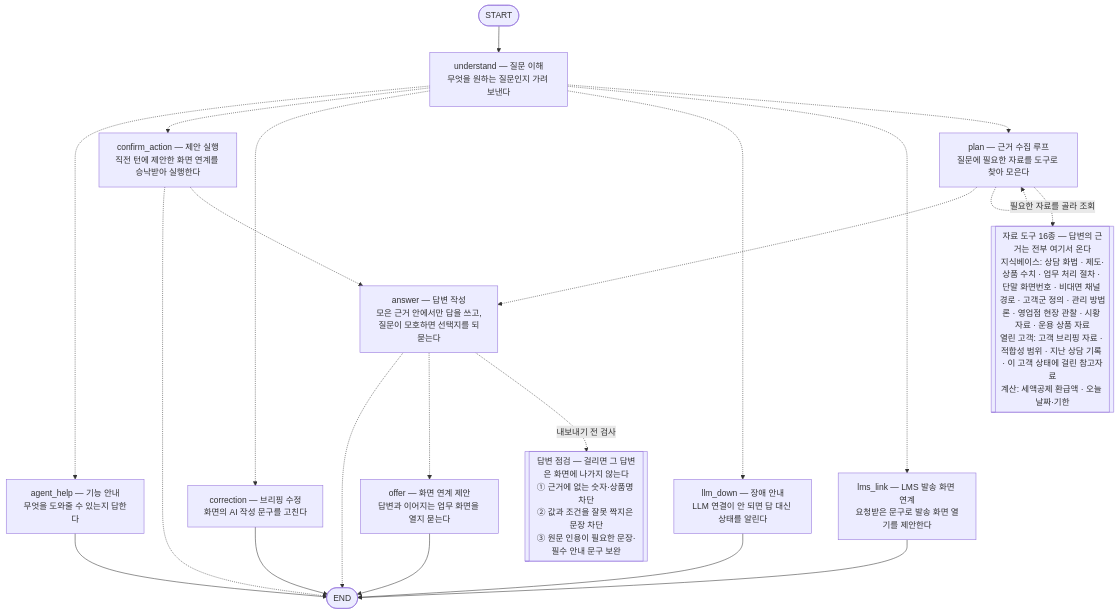
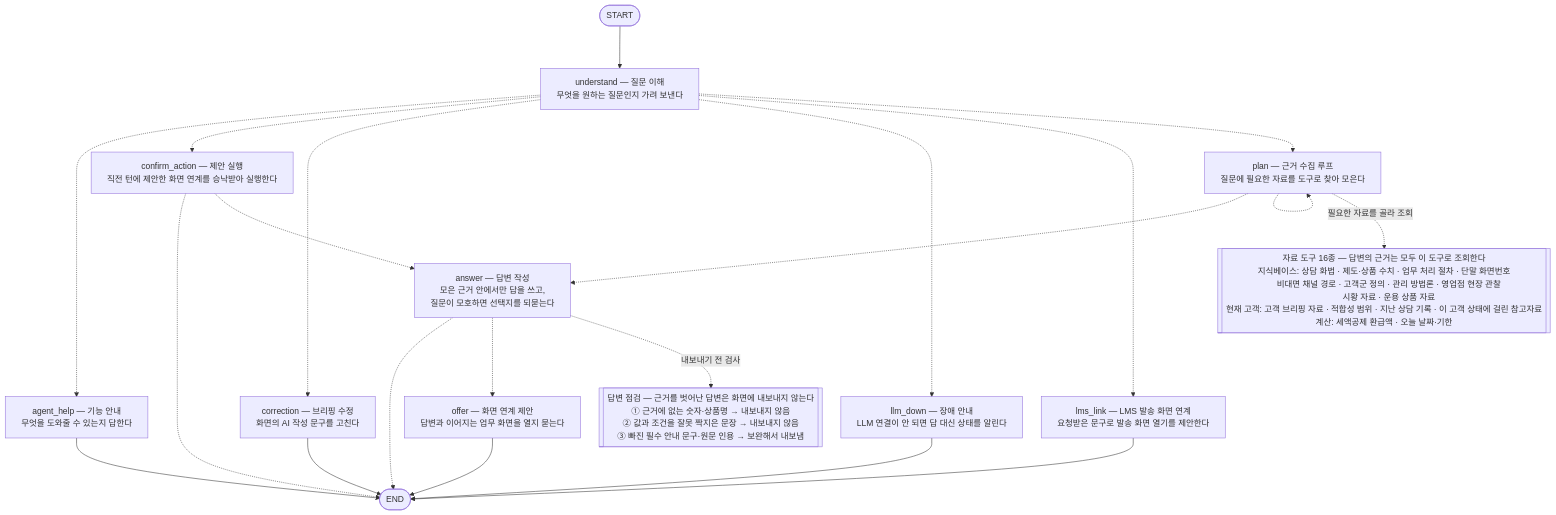
Before and after one commit to 09sunwoo-a/Pension_agent: the diagram in src/pension_agent/consult_agent/README.md, drawn with Mermaid. The commit also changed 1 other file, not shown here.

Commit message:
아키텍처 다이어그램 — 상자 문구·줄바꿈 정리
- 도구 상자: «답변의 근거는 전부 여기서 온다» → «모두 이 도구로 조회한다»,
  갈래 이름 «열린 고객» → «현재 고객», 도구 나열을 4종/줄로 접어 상자 폭 축소
- 점검 상자: «걸리면 …» 머리글을 «근거를 벗어난 답변은 화면에 내보내지 않는다»로,
  검사 3종에 각각 처분(내보내지 않음/보완)을 붙임
- init 지시어로 wrapping 폭을 800 으로 — 기본 200px 이 CJK 를 낱말 중간에서 접어
  «가/려 보낸다» 꼴이 되던 것을 막고, 줄바꿈은 라벨의 <br/> 가 정하게 한다.
  노드 가로 간격은 조이고(35) 세로 간격은 벌려(80) 납작하게 퍼지던 비율을 잡음

Claude-Session: https://claude.ai/code/session_01TwxjQTQrjCvCcEupDVTuMK

````diff
--- a/src/pension_agent/consult_agent/README.md
+++ b/src/pension_agent/consult_agent/README.md
@@ -170,36 +170,37 @@
 ```mermaid
+%%{init: {"flowchart": {"wrappingWidth": 800, "nodeSpacing": 35, "rankSpacing": 80}}}%%
 flowchart TD
     __start__([START])
     understand["understand — 질문 이해<br/>무엇을 원하는 질문인지 가려 보낸다"]
     agent_help["agent_help — 기능 안내<br/>무엇을 도와줄 수 있는지 답한다"]
     plan["plan — 근거 수집 루프<br/>질문에 필요한 자료를 도구로 찾아 모은다"]
     answer["answer — 답변 작성<br/>모은 근거 안에서만 답을 쓰고,<br/>질문이 모호하면 선택지를 되묻는다"]
     lms_link["lms_link — LMS 발송 화면 연계<br/>요청받은 문구로 발송 화면 열기를 제안한다"]
     correction["correction — 브리핑 수정<br/>화면의 AI 작성 문구를 고친다"]
     llm_down["llm_down — 장애 안내<br/>LLM 연결이 안 되면 답 대신 상태를 알린다"]
     confirm_action["confirm_action — 제안 실행<br/>직전 턴에 제안한 화면 연계를 승낙받아 실행한다"]
     offer["offer — 화면 연계 제안<br/>답변과 이어지는 업무 화면을 열지 묻는다"]
     __end__([END])
     __start__ --> understand
     answer -.-> __end__
     answer -.-> offer
     confirm_action -.-> __end__
     confirm_action -.-> answer
     plan -.-> answer
     plan -.-> plan
     understand -.-> agent_help
     understand -.-> confirm_action
     understand -.-> correction
     understand -.-> llm_down
     understand -.-> lms_link
     understand -.-> plan
     agent_help --> __end__
     correction --> __end__
     llm_down --> __end__
     lms_link --> __end__
     offer --> __end__
-    tools[["자료 도구 16종 — 답변의 근거는 전부 여기서 온다<br/>지식베이스: 상담 화법 · 제도·상품 수치 · 업무 처리 절차 · 단말 화면번호 · 비대면 채널 경로 · 고객군 정의 · 관리 방법론 · 영업점 현장 관찰 · 시황 자료 · 운용 상품 자료<br/>열린 고객: 고객 브리핑 자료 · 적합성 범위 · 지난 상담 기록 · 이 고객 상태에 걸린 참고자료<br/>계산: 세액공제 환급액 · 오늘 날짜·기한"]]
+    tools[["자료 도구 16종 — 답변의 근거는 모두 이 도구로 조회한다<br/>지식베이스: 상담 화법 · 제도·상품 수치 · 업무 처리 절차 · 단말 화면번호<br/>&nbsp;&nbsp;&nbsp;&nbsp;비대면 채널 경로 · 고객군 정의 · 관리 방법론 · 영업점 현장 관찰<br/>&nbsp;&nbsp;&nbsp;&nbsp;시황 자료 · 운용 상품 자료<br/>현재 고객: 고객 브리핑 자료 · 적합성 범위 · 지난 상담 기록 · 이 고객 상태에 걸린 참고자료<br/>계산: 세액공제 환급액 · 오늘 날짜·기한"]]
     plan -. "필요한 자료를 골라 조회" .-> tools
-    gates[["답변 점검 — 걸리면 그 답변은 화면에 나가지 않는다<br/>① 근거에 없는 숫자·상품명 차단<br/>② 값과 조건을 잘못 짝지은 문장 차단<br/>③ 원문 인용이 필요한 문장·필수 안내 문구 보완"]]
+    gates[["답변 점검 — 근거를 벗어난 답변은 화면에 내보내지 않는다<br/>① 근거에 없는 숫자·상품명 → 내보내지 않음<br/>② 값과 조건을 잘못 짝지은 문장 → 내보내지 않음<br/>③ 빠진 필수 안내 문구·원문 인용 → 보완해서 내보냄"]]
     answer -. "내보내기 전 검사" .-> gates
 ```
````
